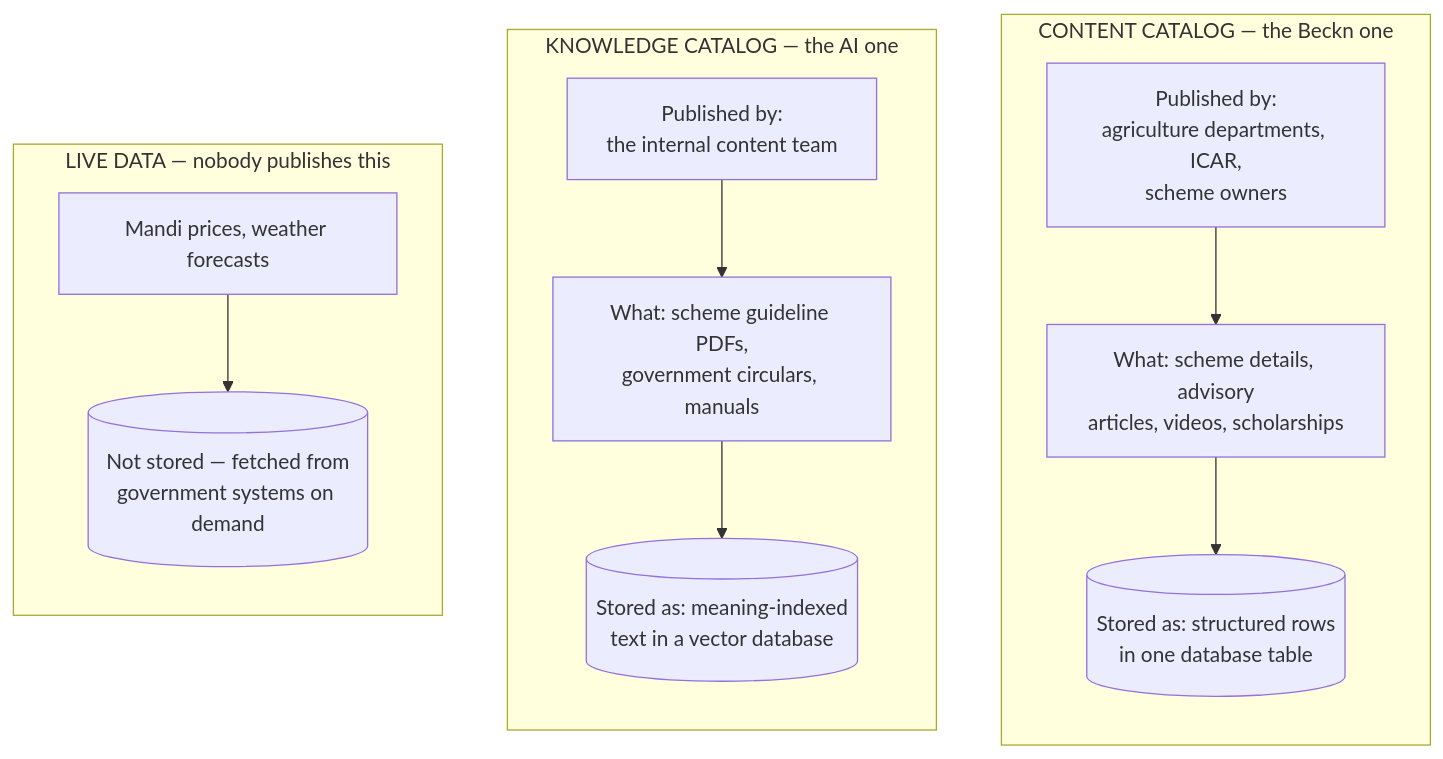
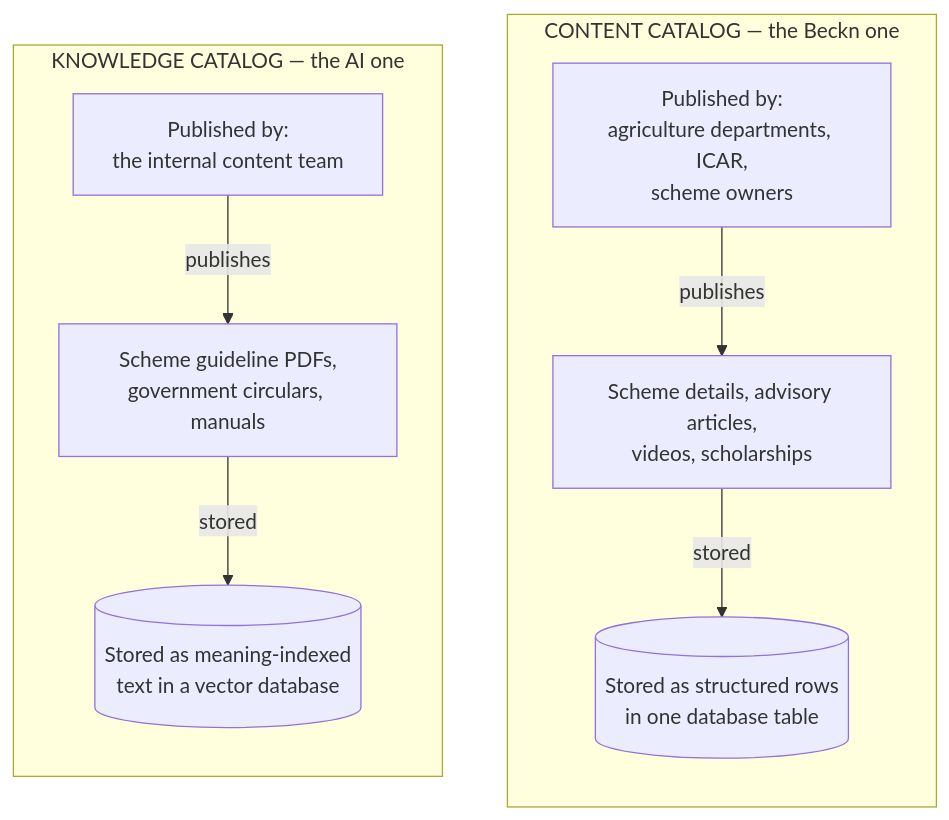
The first of 4 diagrams in ARCHITECTURE.md (manjudr/documents), drawn with Mermaid before and after one commit. The commit also changed other lines of this file, not shown here.

First line of the commit message:
Correct live-data handling, Amul network use, and add API appendix

````diff
--- a/ARCHITECTURE.md
+++ b/ARCHITECTURE.md
@@ -26,25 +31,18 @@
 ```mermaid
 graph TB
   subgraph C1["CONTENT CATALOG — the Beckn one"]
     direction TB
     P1["Published by:<br/>agriculture departments, ICAR,<br/>scheme owners"]
-    W1["What: scheme details, advisory<br/>articles, videos, scholarships"]
-    S1[("Stored as: structured rows<br/>in one database table")]
-    P1 --> W1 --> S1
+    W1["Scheme details, advisory articles,<br/>videos, scholarships"]
+    S1[("Stored as structured rows<br/>in one database table")]
+    P1 -->|"publishes"| W1 -->|"stored"| S1
   end
 
   subgraph C2["KNOWLEDGE CATALOG — the AI one"]
     direction TB
     P2["Published by:<br/>the internal content team"]
-    W2["What: scheme guideline PDFs,<br/>government circulars, manuals"]
-    S2[("Stored as: meaning-indexed<br/>text in a vector database")]
-    P2 --> W2 --> S2
-  end
-
-  subgraph C3["LIVE DATA — nobody publishes this"]
-    direction TB
-    W3["Mandi prices, weather forecasts"]
-    S3[("Not stored — fetched from<br/>government systems on demand")]
-    W3 --> S3
+    W2["Scheme guideline PDFs,<br/>government circulars, manuals"]
+    S2[("Stored as meaning-indexed<br/>text in a vector database")]
+    P2 -->|"publishes"| W2 -->|"stored"| S2
   end
 ```
````
